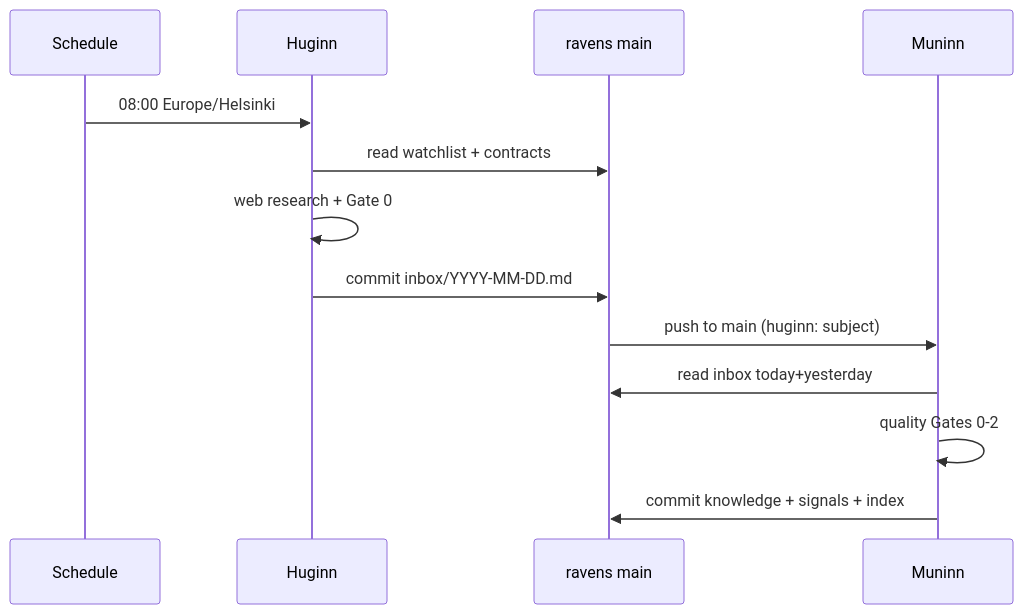
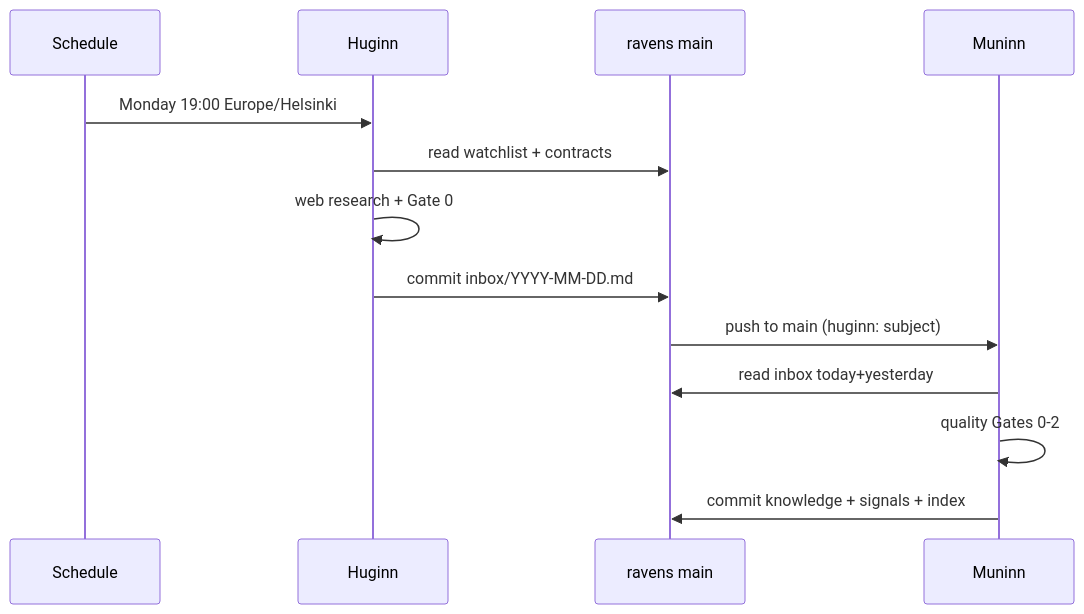
Before and after one commit to AlexTouvras/ravens: the second of 5 diagrams in docs/architecture/overview.md, drawn with Mermaid. The commit also changed other lines of this file and 18 other files, not shown here.

````diff
--- a/docs/architecture/overview.md
+++ b/docs/architecture/overview.md
@@ -60,16 +60,16 @@
 ```mermaid
 sequenceDiagram
   participant Cron as Schedule
   participant H as Huginn
   participant Git as ravens main
   participant M as Muninn
 
-  Cron->>H: 08:00 Europe/Helsinki
+  Cron->>H: Monday 19:00 Europe/Helsinki
   H->>Git: read watchlist + contracts
   H->>H: web research + Gate 0
   H->>Git: commit inbox/YYYY-MM-DD.md
   Git->>M: push to main (huginn: subject)
   M->>Git: read inbox today+yesterday
   M->>M: quality Gates 0-2
   M->>Git: commit knowledge + signals + index
 ```
````
